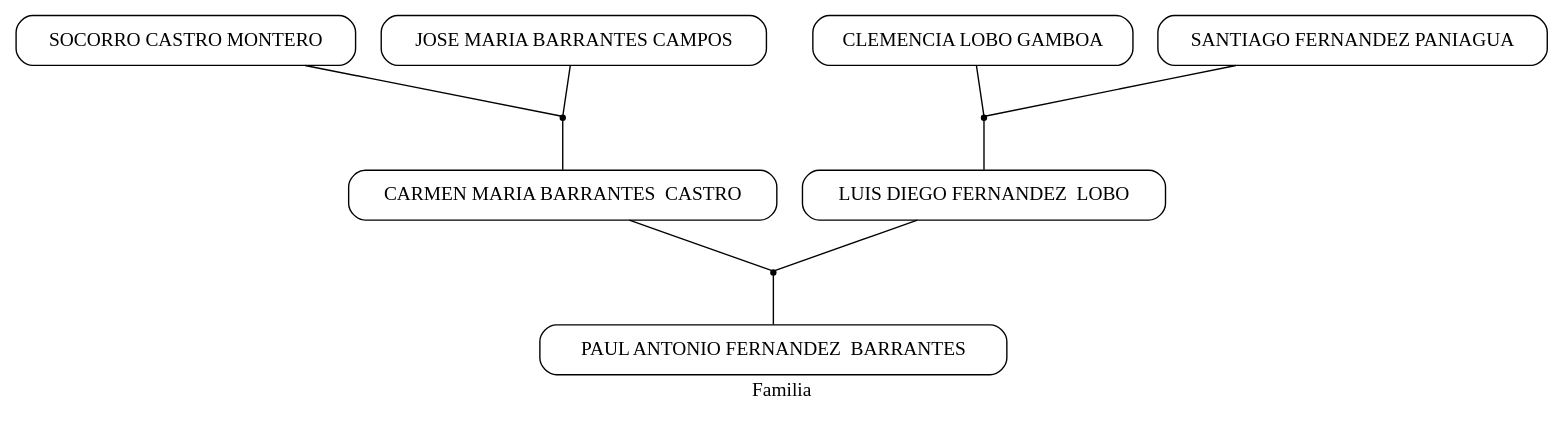
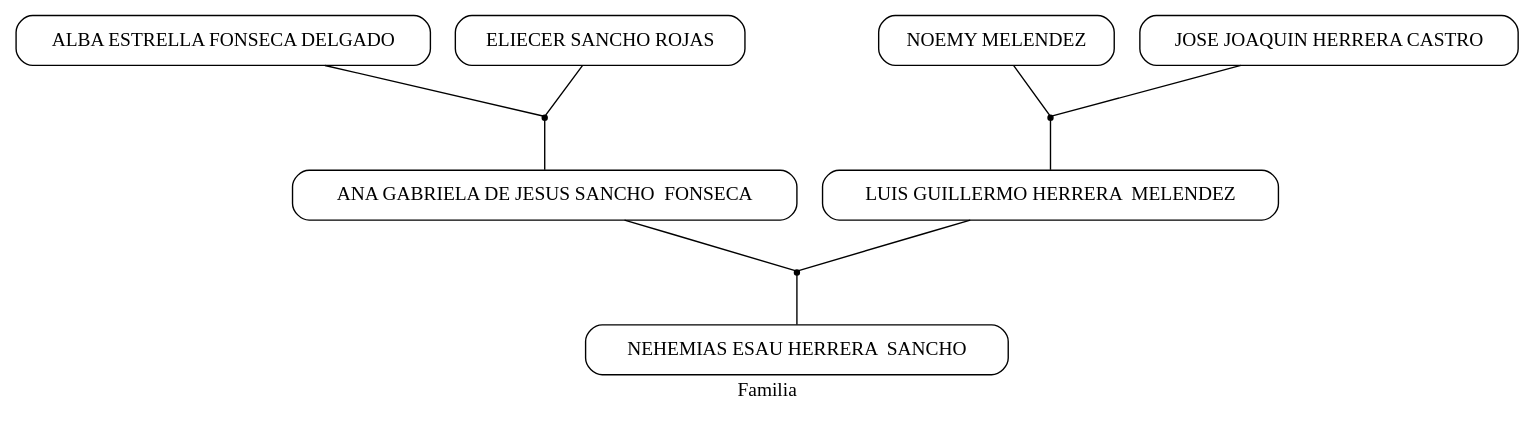
One commit to Gio666/python-git changed the diagram in 003/simple.dot. Above: the diagram before and after it, drawn with Graphviz. The commit also changed 318 other files, not shown here.

```diff
--- a/003/simple.dot
+++ b/003/simple.dot
@@ -1,23 +1,23 @@
 strict digraph  {
 	graph [diredgeconstraints=true,
 		label=Familia,
 		mode=ipsep,
 		overlap=orthoxy,
 		sep=0.5
 	];
 	node [shape=box,
 		style=rounded
 	];
-	"PAUL ANTONIO FERNANDEZ  BARRANTES CARMEN MARIA BARRANTES  CASTRO LUIS DIEGO FERNANDEZ  LOBO "	 [shape=point];
-	"CARMEN MARIA BARRANTES  CASTRO " -> "PAUL ANTONIO FERNANDEZ  BARRANTES CARMEN MARIA BARRANTES  CASTRO LUIS DIEGO FERNANDEZ  LOBO "	 [arrowhead=none];
-	"LUIS DIEGO FERNANDEZ  LOBO " -> "PAUL ANTONIO FERNANDEZ  BARRANTES CARMEN MARIA BARRANTES  CASTRO LUIS DIEGO FERNANDEZ  LOBO "	 [arrowhead=none];
-	"PAUL ANTONIO FERNANDEZ  BARRANTES CARMEN MARIA BARRANTES  CASTRO LUIS DIEGO FERNANDEZ  LOBO " -> "PAUL ANTONIO FERNANDEZ  BARRANTES "	 [arrowhead=none];
-	"CARMEN MARIA BARRANTES  CASTRO SOCORRO CASTRO MONTERO JOSE MARIA BARRANTES CAMPOS "	 [shape=point];
-	"SOCORRO CASTRO MONTERO " -> "CARMEN MARIA BARRANTES  CASTRO SOCORRO CASTRO MONTERO JOSE MARIA BARRANTES CAMPOS "	 [arrowhead=none];
-	"JOSE MARIA BARRANTES CAMPOS " -> "CARMEN MARIA BARRANTES  CASTRO SOCORRO CASTRO MONTERO JOSE MARIA BARRANTES CAMPOS "	 [arrowhead=none];
-	"CARMEN MARIA BARRANTES  CASTRO SOCORRO CASTRO MONTERO JOSE MARIA BARRANTES CAMPOS " -> "CARMEN MARIA BARRANTES  CASTRO "	 [arrowhead=none];
-	"LUIS DIEGO FERNANDEZ  LOBO CLEMENCIA LOBO GAMBOA SANTIAGO FERNANDEZ PANIAGUA "	 [shape=point];
-	"CLEMENCIA LOBO GAMBOA " -> "LUIS DIEGO FERNANDEZ  LOBO CLEMENCIA LOBO GAMBOA SANTIAGO FERNANDEZ PANIAGUA "	 [arrowhead=none];
-	"SANTIAGO FERNANDEZ PANIAGUA " -> "LUIS DIEGO FERNANDEZ  LOBO CLEMENCIA LOBO GAMBOA SANTIAGO FERNANDEZ PANIAGUA "	 [arrowhead=none];
-	"LUIS DIEGO FERNANDEZ  LOBO CLEMENCIA LOBO GAMBOA SANTIAGO FERNANDEZ PANIAGUA " -> "LUIS DIEGO FERNANDEZ  LOBO "	 [arrowhead=none];
+	"NEHEMIAS ESAU HERRERA  SANCHO ANA GABRIELA DE JESUS SANCHO  FONSECA LUIS GUILLERMO HERRERA  MELENDEZ "	 [shape=point];
+	"ANA GABRIELA DE JESUS SANCHO  FONSECA " -> "NEHEMIAS ESAU HERRERA  SANCHO ANA GABRIELA DE JESUS SANCHO  FONSECA LUIS GUILLERMO HERRERA  MELENDEZ "	 [arrowhead=none];
+	"LUIS GUILLERMO HERRERA  MELENDEZ " -> "NEHEMIAS ESAU HERRERA  SANCHO ANA GABRIELA DE JESUS SANCHO  FONSECA LUIS GUILLERMO HERRERA  MELENDEZ "	 [arrowhead=none];
+	"NEHEMIAS ESAU HERRERA  SANCHO ANA GABRIELA DE JESUS SANCHO  FONSECA LUIS GUILLERMO HERRERA  MELENDEZ " -> "NEHEMIAS ESAU HERRERA  SANCHO "	 [arrowhead=none];
+	"ANA GABRIELA DE JESUS SANCHO  FONSECA ALBA ESTRELLA FONSECA DELGADO ELIECER SANCHO ROJAS "	 [shape=point];
+	"ALBA ESTRELLA FONSECA DELGADO " -> "ANA GABRIELA DE JESUS SANCHO  FONSECA ALBA ESTRELLA FONSECA DELGADO ELIECER SANCHO ROJAS "	 [arrowhead=none];
+	"ELIECER SANCHO ROJAS " -> "ANA GABRIELA DE JESUS SANCHO  FONSECA ALBA ESTRELLA FONSECA DELGADO ELIECER SANCHO ROJAS "	 [arrowhead=none];
+	"ANA GABRIELA DE JESUS SANCHO  FONSECA ALBA ESTRELLA FONSECA DELGADO ELIECER SANCHO ROJAS " -> "ANA GABRIELA DE JESUS SANCHO  FONSECA "	 [arrowhead=none];
+	"LUIS GUILLERMO HERRERA  MELENDEZ NOEMY MELENDEZ JOSE JOAQUIN HERRERA CASTRO "	 [shape=point];
+	"NOEMY MELENDEZ " -> "LUIS GUILLERMO HERRERA  MELENDEZ NOEMY MELENDEZ JOSE JOAQUIN HERRERA CASTRO "	 [arrowhead=none];
+	"JOSE JOAQUIN HERRERA CASTRO " -> "LUIS GUILLERMO HERRERA  MELENDEZ NOEMY MELENDEZ JOSE JOAQUIN HERRERA CASTRO "	 [arrowhead=none];
+	"LUIS GUILLERMO HERRERA  MELENDEZ NOEMY MELENDEZ JOSE JOAQUIN HERRERA CASTRO " -> "LUIS GUILLERMO HERRERA  MELENDEZ "	 [arrowhead=none];
 }
```
